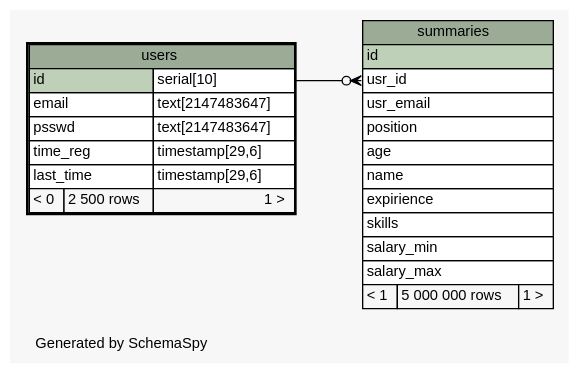
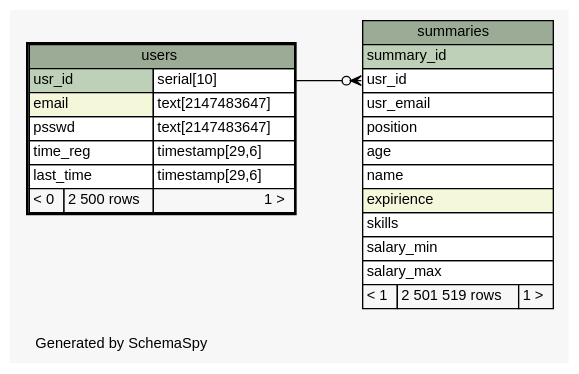
The diagram in schemaspy/diagrams/users.1degree.dot (colorbash/hh-database-homework), drawn with Graphviz before and after one commit. The commit also changed 56 other files, not shown here.

```diff
--- a/schemaspy/diagrams/users.1degree.dot
+++ b/schemaspy/diagrams/users.1degree.dot
@@ -1,56 +1,56 @@
 // dot 2.38.0 on Windows 10 10.0
 // SchemaSpy rev 590
 digraph "oneDegreeRelationshipsDiagram" {
   graph [
     rankdir="RL"
     bgcolor="#f7f7f7"
     label="\nGenerated by SchemaSpy"
     labeljust="l"
     nodesep="0.18"
     ranksep="0.46"
     fontname="Helvetica"
     fontsize="11"
   ];
   node [
     fontname="Helvetica"
     fontsize="11"
     shape="plaintext"
   ];
   edge [
     arrowsize="0.8"
   ];
-  "summaries":"usr_id":w -> "users":"id.type":e [arrowhead=none dir=back arrowtail=crowodot];
+  "summaries":"usr_id":w -> "users":"usr_id.type":e [arrowhead=none dir=back arrowtail=crowodot];
   "summaries" [
     label=<
     <TABLE BORDER="0" CELLBORDER="1" CELLSPACING="0" BGCOLOR="#ffffff">
       <TR><TD COLSPAN="3" BGCOLOR="#9bab96" ALIGN="CENTER">summaries</TD></TR>
-      <TR><TD PORT="id" COLSPAN="3" BGCOLOR="#bed1b8" ALIGN="LEFT">id</TD></TR>
+      <TR><TD PORT="summary_id" COLSPAN="3" BGCOLOR="#bed1b8" ALIGN="LEFT">summary_id</TD></TR>
       <TR><TD PORT="usr_id" COLSPAN="3" ALIGN="LEFT">usr_id</TD></TR>
       <TR><TD PORT="usr_email" COLSPAN="3" ALIGN="LEFT">usr_email</TD></TR>
       <TR><TD PORT="position" COLSPAN="3" ALIGN="LEFT">position</TD></TR>
       <TR><TD PORT="age" COLSPAN="3" ALIGN="LEFT">age</TD></TR>
       <TR><TD PORT="name" COLSPAN="3" ALIGN="LEFT">name</TD></TR>
-      <TR><TD PORT="expirience" COLSPAN="3" ALIGN="LEFT">expirience</TD></TR>
+      <TR><TD PORT="expirience" COLSPAN="3" BGCOLOR="#f4f7da" ALIGN="LEFT">expirience</TD></TR>
       <TR><TD PORT="skills" COLSPAN="3" ALIGN="LEFT">skills</TD></TR>
       <TR><TD PORT="salary_min" COLSPAN="3" ALIGN="LEFT">salary_min</TD></TR>
       <TR><TD PORT="salary_max" COLSPAN="3" ALIGN="LEFT">salary_max</TD></TR>
-      <TR><TD ALIGN="LEFT" BGCOLOR="#f7f7f7">&lt; 1</TD><TD ALIGN="RIGHT" BGCOLOR="#f7f7f7">5 000 000 rows</TD><TD ALIGN="RIGHT" BGCOLOR="#f7f7f7">1 &gt;</TD></TR>
+      <TR><TD ALIGN="LEFT" BGCOLOR="#f7f7f7">&lt; 1</TD><TD ALIGN="RIGHT" BGCOLOR="#f7f7f7">2 501 519 rows</TD><TD ALIGN="RIGHT" BGCOLOR="#f7f7f7">1 &gt;</TD></TR>
     </TABLE>>
     URL="summaries.html"
     tooltip="summaries"
   ];
   "users" [
     label=<
     <TABLE BORDER="2" CELLBORDER="1" CELLSPACING="0" BGCOLOR="#ffffff">
       <TR><TD COLSPAN="3" BGCOLOR="#9bab96" ALIGN="CENTER">users</TD></TR>
-      <TR><TD PORT="id" COLSPAN="2" BGCOLOR="#bed1b8" ALIGN="LEFT">id</TD><TD PORT="id.type" ALIGN="LEFT">serial[10]</TD></TR>
-      <TR><TD PORT="email" COLSPAN="2" ALIGN="LEFT">email</TD><TD PORT="email.type" ALIGN="LEFT">text[2147483647]</TD></TR>
+      <TR><TD PORT="usr_id" COLSPAN="2" BGCOLOR="#bed1b8" ALIGN="LEFT">usr_id</TD><TD PORT="usr_id.type" ALIGN="LEFT">serial[10]</TD></TR>
+      <TR><TD PORT="email" COLSPAN="2" BGCOLOR="#f4f7da" ALIGN="LEFT">email</TD><TD PORT="email.type" ALIGN="LEFT">text[2147483647]</TD></TR>
       <TR><TD PORT="psswd" COLSPAN="2" ALIGN="LEFT">psswd</TD><TD PORT="psswd.type" ALIGN="LEFT">text[2147483647]</TD></TR>
       <TR><TD PORT="time_reg" COLSPAN="2" ALIGN="LEFT">time_reg</TD><TD PORT="time_reg.type" ALIGN="LEFT">timestamp[29,6]</TD></TR>
       <TR><TD PORT="last_time" COLSPAN="2" ALIGN="LEFT">last_time</TD><TD PORT="last_time.type" ALIGN="LEFT">timestamp[29,6]</TD></TR>
       <TR><TD ALIGN="LEFT" BGCOLOR="#f7f7f7">&lt; 0</TD><TD ALIGN="RIGHT" BGCOLOR="#f7f7f7">2 500 rows</TD><TD ALIGN="RIGHT" BGCOLOR="#f7f7f7">1 &gt;</TD></TR>
     </TABLE>>
     URL="users.html"
     tooltip="users"
   ];
 }
```
